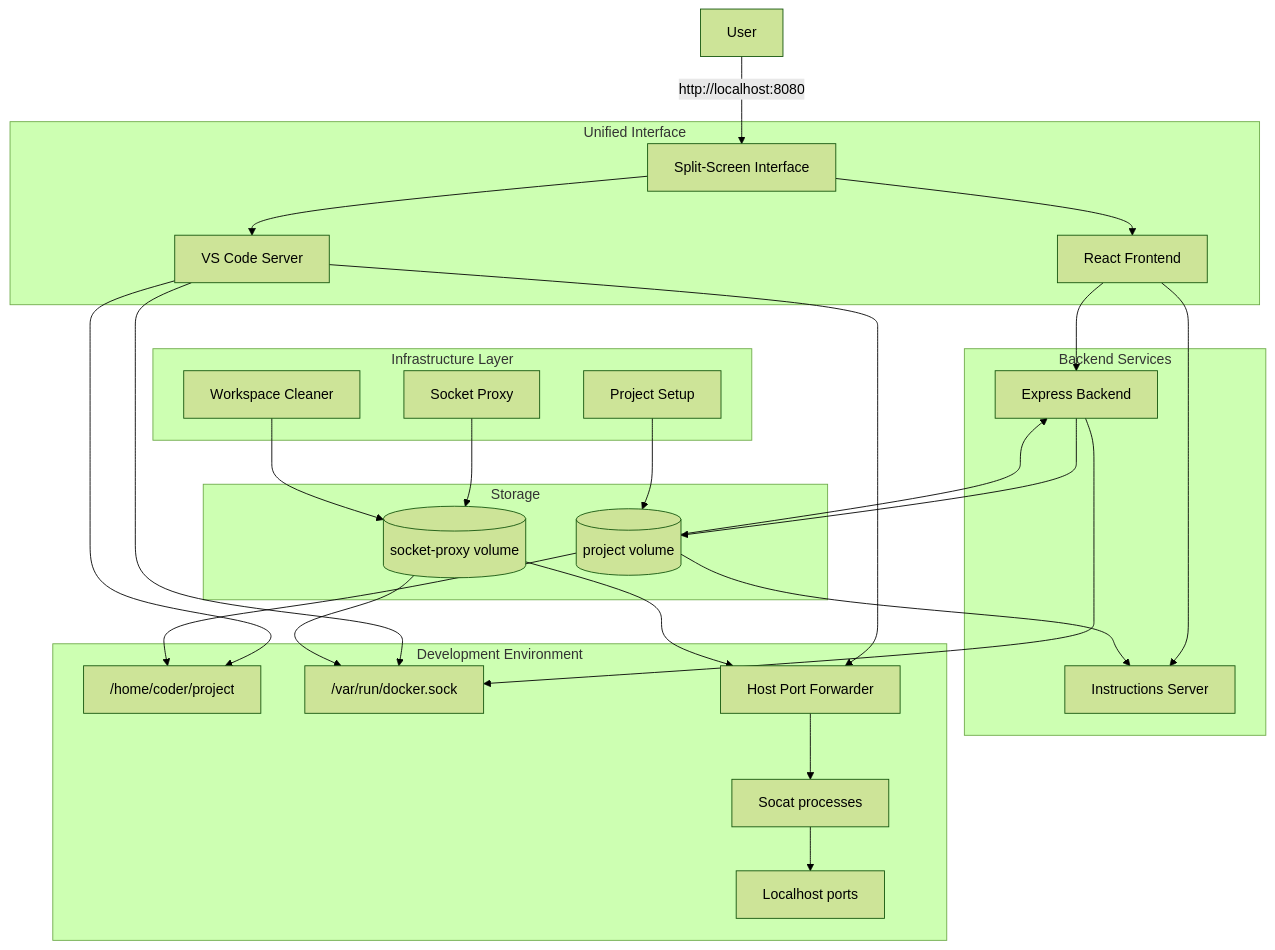
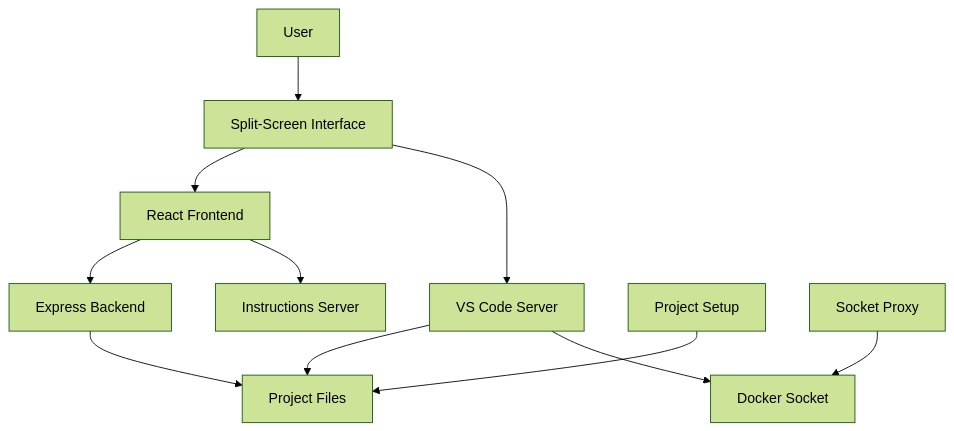
Before and after one commit to ajeetraina/workshop-poc-infra: the diagram in README.md, drawn with Mermaid (forest theme).

Commit message:
Create minimal mermaid diagram using only basic syntax

````diff
--- a/README.md
+++ b/README.md
@@ -11,55 +11,13 @@
 ```mermaid
-flowchart TD
-    User[User] -->|http://localhost:8080| SplitScreen[Split-Screen Interface]
-
-    subgraph "Unified Interface"
-        SplitScreen --> Frontend[React Frontend]
-        SplitScreen --> VSCode[VS Code Server]
-    end
-
-    subgraph "Backend Services"
-        Backend[Express Backend]
-        Instructions[Instructions Server]
-        
-        Frontend --> Backend
-        Frontend --> Instructions
-    end
-
-    subgraph "Development Environment"
-        VSCode --> project["/home/coder/project"]
-        VSCode --> socket["/var/run/docker.sock"]
-        
-        Forwarder[Host Port Forwarder]
-        socat[Socat processes]
-        localhostPorts[Localhost ports]
-        
-        VSCode --> Forwarder
-        Forwarder --> socat
-        socat --> localhostPorts
-    end
-
-    subgraph "Infrastructure Layer"
-        Setup[Project Setup]
-        ProxyContainer[Socket Proxy]
-        WorkspaceCleaner[Workspace Cleaner]
-    end
-
-    subgraph "Storage"
-        Volume[(project volume)]
-        SocketVolume[(socket-proxy volume)]
-    end
-
-    Setup --> Volume
-    Volume --> project
-    Volume --> Backend
-    Volume --> Instructions
-
-    Backend --> Volume
-    Backend --> socket
-
-    ProxyContainer --> SocketVolume
-    SocketVolume --> socket
-    SocketVolume --> Forwarder
-
-    WorkspaceCleaner --> SocketVolume
+graph TD
+    A[User] --> B[Split-Screen Interface]
+    B --> C[React Frontend]
+    B --> D[VS Code Server]
+    C --> E[Express Backend]
+    C --> F[Instructions Server]
+    D --> G[Project Files]
+    D --> H[Docker Socket]
+    E --> G
+    I[Project Setup] --> G
+    J[Socket Proxy] --> H
 ```
````
